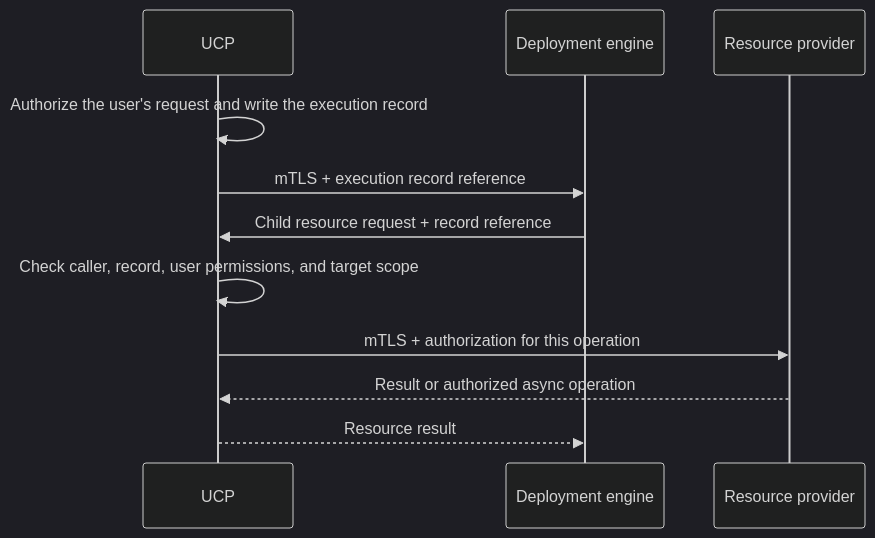
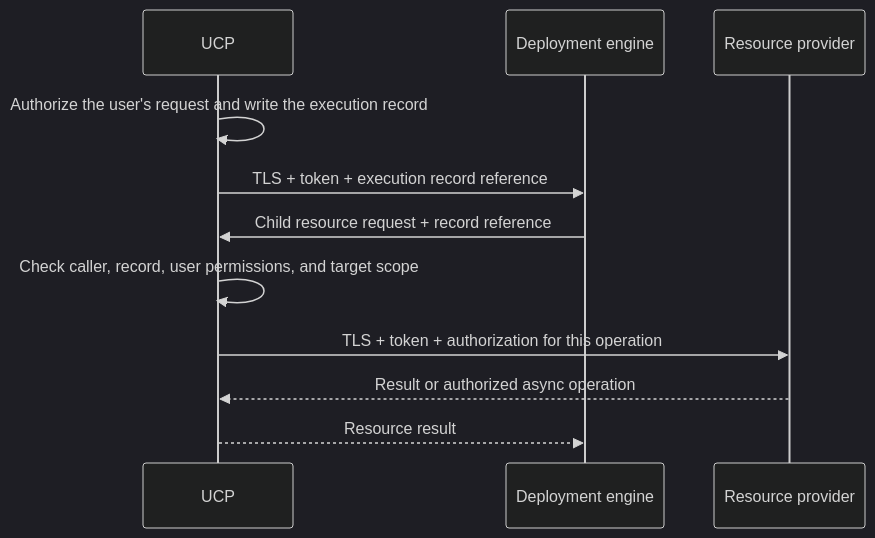
One commit to radius-project/radius changed the diagram in eng/design-notes/security/2026-09-internal-component-authorization.md. Above: the diagram before and after it, drawn with Mermaid (dark theme). The commit also changed other lines of this file and 1 other file, not shown here.

````diff
--- a/eng/design-notes/security/2026-09-internal-component-authorization.md
+++ b/eng/design-notes/security/2026-09-internal-component-authorization.md
@@ -81,14 +82,14 @@
 ```mermaid
 sequenceDiagram
     participant UCP
     participant DE as Deployment engine
     participant RP as Resource provider
 
     UCP->>UCP: Authorize the user's request and write the execution record
-    UCP->>DE: mTLS + execution record reference
+    UCP->>DE: TLS + token + execution record reference
     DE->>UCP: Child resource request + record reference
     UCP->>UCP: Check caller, record, user permissions, and target scope
-    UCP->>RP: mTLS + authorization for this operation
+    UCP->>RP: TLS + token + authorization for this operation
     RP-->>UCP: Result or authorized async operation
     UCP-->>DE: Resource result
 ```
````
